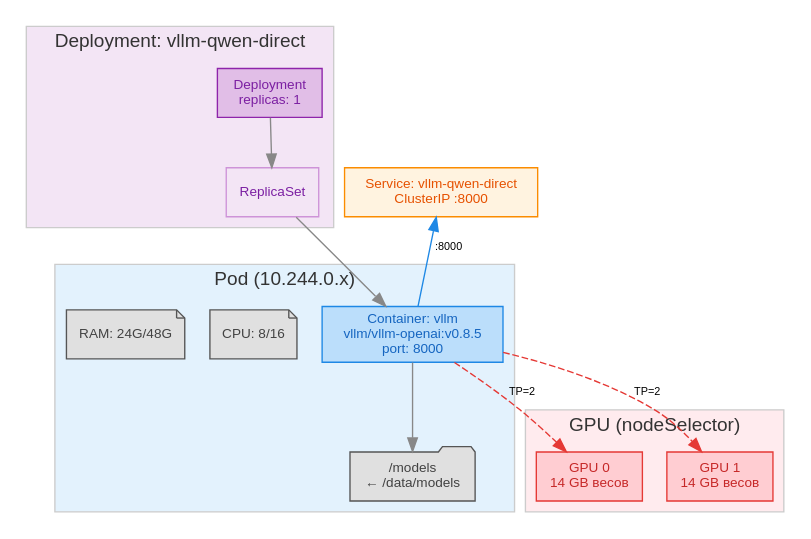
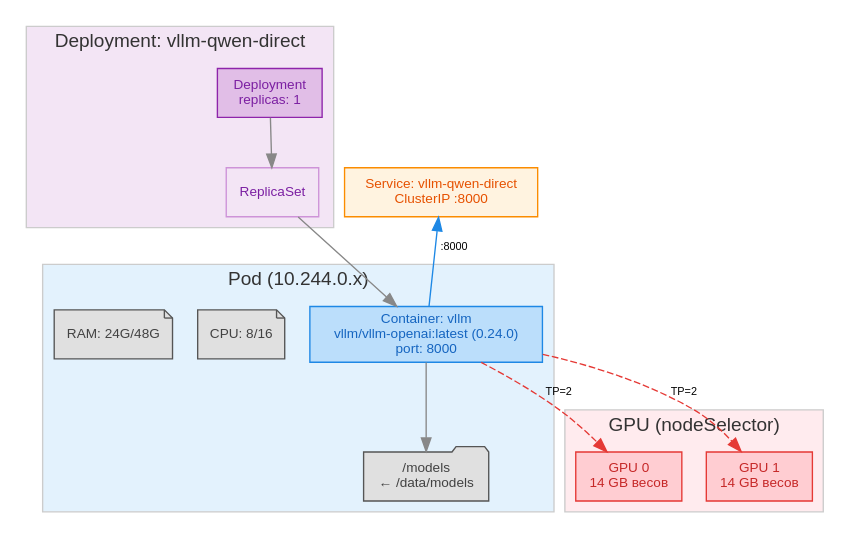
Before and after one commit to dedvmedved-dot/aither-project: the diagram in diagrams/deployment.dot, drawn with Graphviz. The commit also changed 4 other files, not shown here.

Commit message:
Правки article.md + схем: vLLM :latest (0.24.0) + VLLM_USE_V1=0, driver 570, Flannel v0.25.7, problem #5 исправлен

```diff
--- a/diagrams/deployment.dot
+++ b/diagrams/deployment.dot
@@ -1,39 +1,39 @@
 digraph DeploymentFlow {
     rankdir=TB;
     bgcolor="#ffffff";
     fontname="Helvetica";
     node [fontname="Helvetica", fontsize=10, style=filled, color="#555555"];
     edge [fontname="Helvetica", fontsize=8, color="#888888"];
 
     subgraph cluster_deploy {
         label="Deployment: vllm-qwen-direct";
         fontcolor="#333333"; color="#cccccc"; bgcolor="#f3e5f5";
         ds [label="Deployment\nreplicas: 1", shape=box, fillcolor="#e1bee7", fontcolor="#7b1fa2", color="#8e24aa"];
         rs [label="ReplicaSet", shape=box, fillcolor="#f3e5f5", fontcolor="#7b1fa2", color="#ce93d8"];
     }
     
     subgraph cluster_pod {
         label="Pod (10.244.0.x)";
         fontcolor="#333333"; color="#cccccc"; bgcolor="#e3f2fd";
-        container [label="Container: vllm\nvllm/vllm-openai:v0.8.5\nport: 8000", shape=box, fillcolor="#bbdefb", fontcolor="#1565c0", color="#1e88e5"];
+        container [label="Container: vllm\nvllm/vllm-openai:latest (0.24.0)\nport: 8000", shape=box, fillcolor="#bbdefb", fontcolor="#1565c0", color="#1e88e5"];
         models [label="/models\n← /data/models", shape=folder, fillcolor="#e0e0e0", fontcolor="#424242"];
         cpu [label="CPU: 8/16", shape=note, fillcolor="#e0e0e0", fontcolor="#424242"];
         ram [label="RAM: 24G/48G", shape=note, fillcolor="#e0e0e0", fontcolor="#424242"];
     }
     
     subgraph cluster_gpu {
         label="GPU (nodeSelector)";
         fontcolor="#333333"; color="#cccccc"; bgcolor="#ffebee";
         gpu0 [label="GPU 0\n14 GB весов", shape=box, fillcolor="#ffcdd2", fontcolor="#c62828", color="#e53935"];
         gpu1 [label="GPU 1\n14 GB весов", shape=box, fillcolor="#ffcdd2", fontcolor="#c62828", color="#e53935"];
     }
     
     svc [label="Service: vllm-qwen-direct\nClusterIP :8000", shape=box, fillcolor="#fff3e0", fontcolor="#e65100", color="#fb8c00"];
     
     ds -> rs;
     rs -> container;
     container -> models;
     container -> gpu0 [label=" TP=2", color="#e53935", style=dashed];
     container -> gpu1 [label=" TP=2", color="#e53935", style=dashed];
     svc -> container [label=" :8000", color="#1e88e5", dir=back];
 }
```
